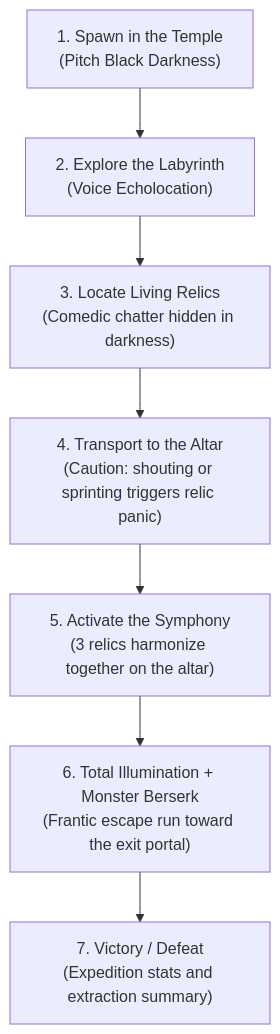
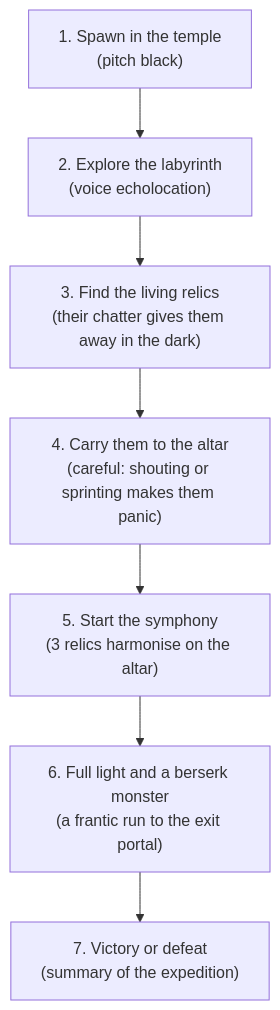
Before and after one commit to DanDavD/EchoGame: the first of 2 diagrams in docs/LIVING_RELICS_DESIGN.md, drawn with Mermaid. The commit also changed other lines of this file and 9 other files, not shown here.

````diff
--- a/docs/LIVING_RELICS_DESIGN.md
+++ b/docs/LIVING_RELICS_DESIGN.md
@@ -9,9 +9,9 @@
 ```mermaid
 flowchart TD
-    A["1. Spawn in the Temple<br/>(Pitch Black Darkness)"] --> B["2. Explore the Labyrinth<br/>(Voice Echolocation)"]
-    B --> C["3. Locate Living Relics<br/>(Comedic chatter hidden in darkness)"]
-    C --> D["4. Transport to the Altar<br/>(Caution: shouting or sprinting triggers relic panic)"]
-    D --> E["5. Activate the Symphony<br/>(3 relics harmonize together on the altar)"]
-    E --> F["6. Total Illumination + Monster Berserk<br/>(Frantic escape run toward the exit portal)"]
-    F --> G["7. Victory / Defeat<br/>(Expedition stats and extraction summary)"]
+    A["1. Spawn in the temple<br/>(pitch black)"] --> B["2. Explore the labyrinth<br/>(voice echolocation)"]
+    B --> C["3. Find the living relics<br/>(their chatter gives them away in the dark)"]
+    C --> D["4. Carry them to the altar<br/>(careful: shouting or sprinting makes them panic)"]
+    D --> E["5. Start the symphony<br/>(3 relics harmonise on the altar)"]
+    E --> F["6. Full light and a berserk monster<br/>(a frantic run to the exit portal)"]
+    F --> G["7. Victory or defeat<br/>(summary of the expedition)"]
 ```
````
